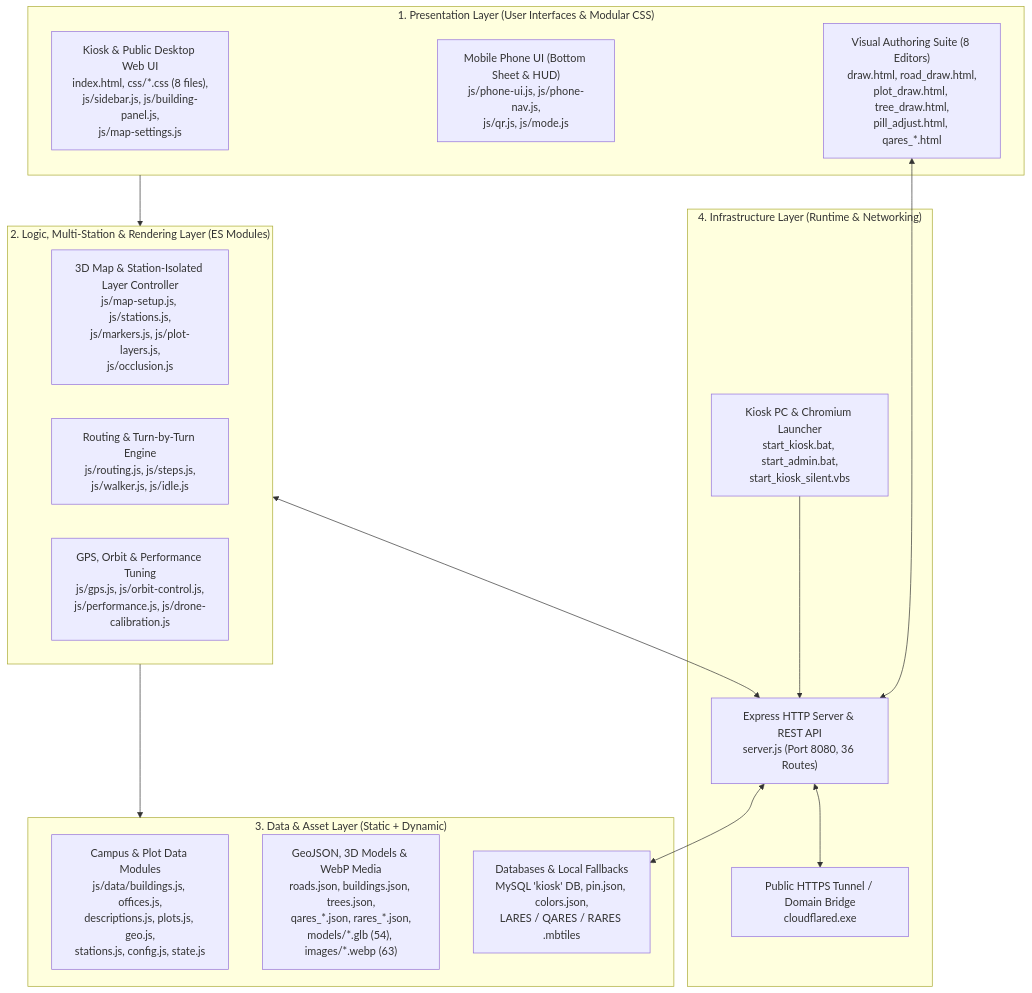
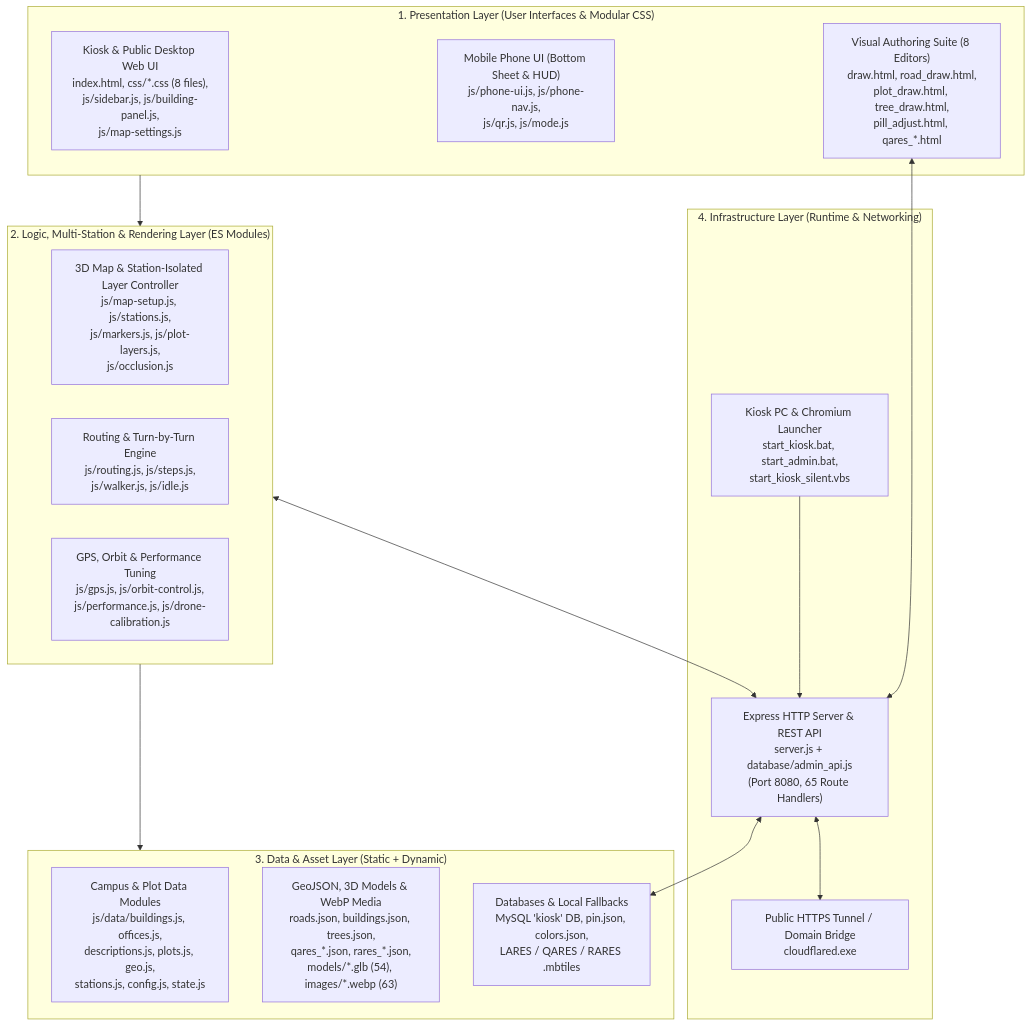
The second of 7 diagrams in docs/00-system-overview.md (EarthJeune/map), drawn with Mermaid before and after one commit. The commit also changed other lines of this file and 195 other files, not shown here.

````diff
--- a/docs/00-system-overview.md
+++ b/docs/00-system-overview.md
@@ -148,34 +156,34 @@
 ```mermaid
 flowchart TD
     subgraph Presentation["1. Presentation Layer (User Interfaces & Modular CSS)"]
         KioskUI["Kiosk & Public Desktop Web UI\nindex.html, css/*.css (8 files),\njs/sidebar.js, js/building-panel.js,\njs/map-settings.js"]
         PhoneUI["Mobile Phone UI (Bottom Sheet & HUD)\njs/phone-ui.js, js/phone-nav.js,\njs/qr.js, js/mode.js"]
         AuthorUI["Visual Authoring Suite (8 Editors)\ndraw.html, road_draw.html,\nplot_draw.html, tree_draw.html,\npill_adjust.html, qares_*.html"]
     end
 
     subgraph Logic["2. Logic, Multi-Station & Rendering Layer (ES Modules)"]
         MapEngine["3D Map & Station-Isolated Layer Controller\njs/map-setup.js, js/stations.js,\njs/markers.js, js/plot-layers.js,\njs/occlusion.js"]
         NavEngine["Routing & Turn-by-Turn Engine\njs/routing.js, js/steps.js,\njs/walker.js, js/idle.js"]
         SensorEngine["GPS, Orbit & Performance Tuning\njs/gps.js, js/orbit-control.js,\njs/performance.js, js/drone-calibration.js"]
     end
 
     subgraph Data["3. Data & Asset Layer (Static + Dynamic)"]
         StaticJS["Campus & Plot Data Modules\njs/data/buildings.js, offices.js,\ndescriptions.js, plots.js, geo.js,\nstations.js, config.js, state.js"]
         GeoAssets["GeoJSON, 3D Models & WebP Media\nroads.json, buildings.json, trees.json,\nqares_*.json, rares_*.json,\nmodels/*.glb (54), images/*.webp (63)"]
         Storage["Databases & Local Fallbacks\nMySQL 'kiosk' DB, pin.json, colors.json,\nLARES / QARES / RARES .mbtiles"]
     end
 
     subgraph Infra["4. Infrastructure Layer (Runtime & Networking)"]
-        NodeServer["Express HTTP Server & REST API\nserver.js (Port 8080, 36 Routes)"]
+        NodeServer["Express HTTP Server & REST API\nserver.js + database/admin_api.js\n(Port 8080, 65 Route Handlers)"]
         TunnelProc["Public HTTPS Tunnel / Domain Bridge\ncloudflared.exe"]
         KioskOS["Kiosk PC & Chromium Launcher\nstart_kiosk.bat, start_admin.bat,\nstart_kiosk_silent.vbs"]
     end
 
     Presentation --> Logic
     Logic --> Data
     Logic <--> NodeServer
     AuthorUI <--> NodeServer
     NodeServer <--> Storage
     NodeServer <--> TunnelProc
     KioskOS --> NodeServer
 ```
````
